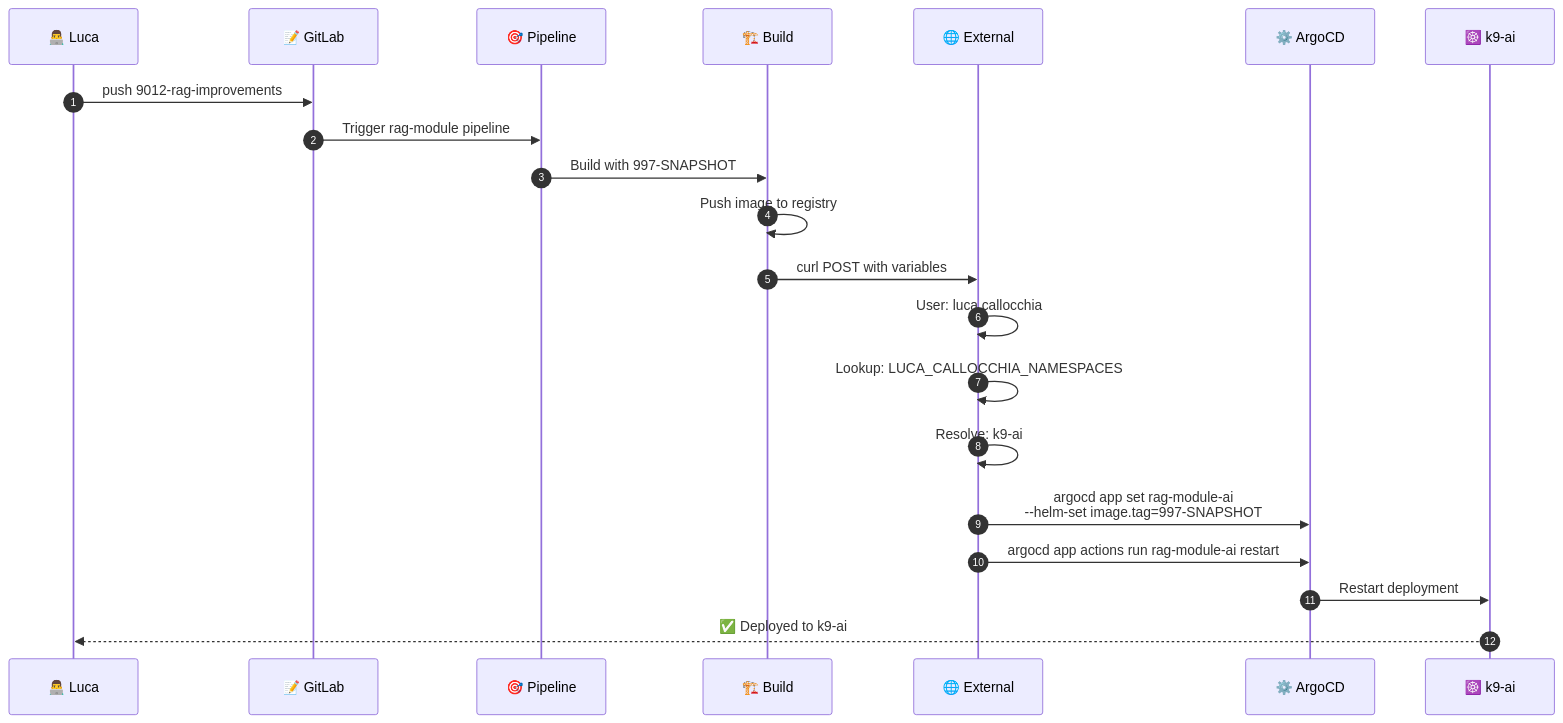
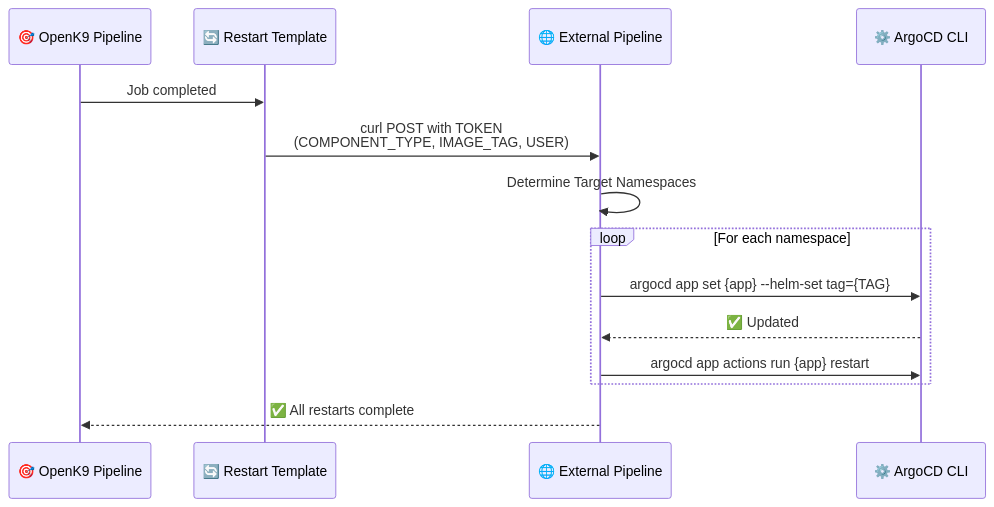
One commit to smclab/openk9 changed the third of 3 diagrams in .gitlab/README.md. Above: the diagram before and after it, drawn with Mermaid. The commit also changed other lines of this file and 5 other files, not shown here.

Commit message:
Fix downstream pipeline failure: remove redundant 'changes' rules in frontend jobs. Updated README with comprehensive technical reference (architecture & flows).

````diff
--- a/.gitlab/README.md
+++ b/.gitlab/README.md
@@ -353,24 +150,20 @@
 ```mermaid
 sequenceDiagram
-    autonumber
-    participant Luca as 👨‍💻 Luca
-    participant Git as 📝 GitLab
-    participant Pipeline as 🎯 Pipeline
-    participant Build as 🏗️ Build
-    participant External as 🌐 External
-    participant ArgoCD as ⚙️ ArgoCD
-    participant K8s as ☸️ k9-ai
+    participant Pipeline as 🎯 OpenK9 Pipeline
+    participant Template as 🔄 Restart Template
+    participant External as 🌐 External Pipeline
+    participant ArgoCD as ⚙️ ArgoCD CLI
     
-    Luca->>Git: push 9012-rag-improvements
-    Git->>Pipeline: Trigger rag-module pipeline
-    Pipeline->>Build: Build with 997-SNAPSHOT
-    Build->>Build: Push image to registry
-    Build->>External: curl POST with variables
-    External->>External: User: luca.callocchia
-    External->>External: Lookup: LUCA_CALLOCCHIA_NAMESPACES
-    External->>External: Resolve: k9-ai
-    External->>ArgoCD: argocd app set rag-module-ai<br/>--helm-set image.tag=997-SNAPSHOT
-    External->>ArgoCD: argocd app actions run rag-module-ai restart
-    ArgoCD->>K8s: Restart deployment
-    K8s-->>Luca: ✅ Deployed to k9-ai
+    Pipeline->>Template: Job completed
+    Template->>External: curl POST with TOKEN<br/>(COMPONENT_TYPE, IMAGE_TAG, USER)
+    
+    External->>External: Determine Target Namespaces
+    
+    loop For each namespace
+        External->>ArgoCD: argocd app set {app} --helm-set tag={TAG}
+        ArgoCD-->>External: ✅ Updated
+        External->>ArgoCD: argocd app actions run {app} restart
+    end
+    
+    External-->>Pipeline: ✅ All restarts complete
 ```
````
